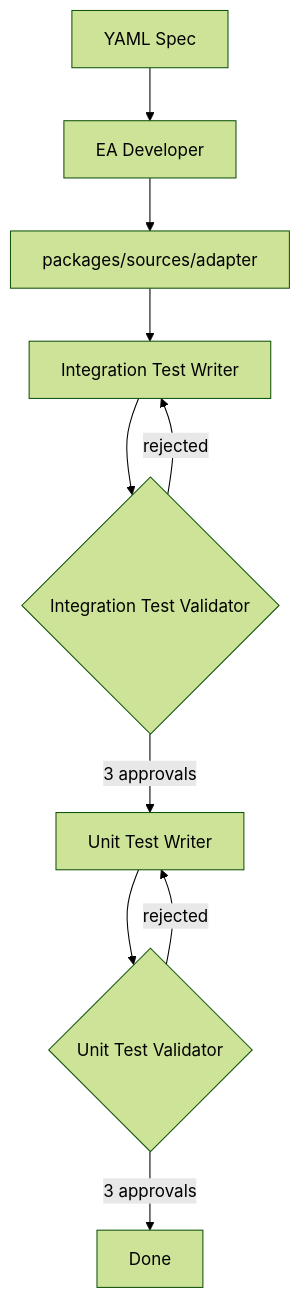
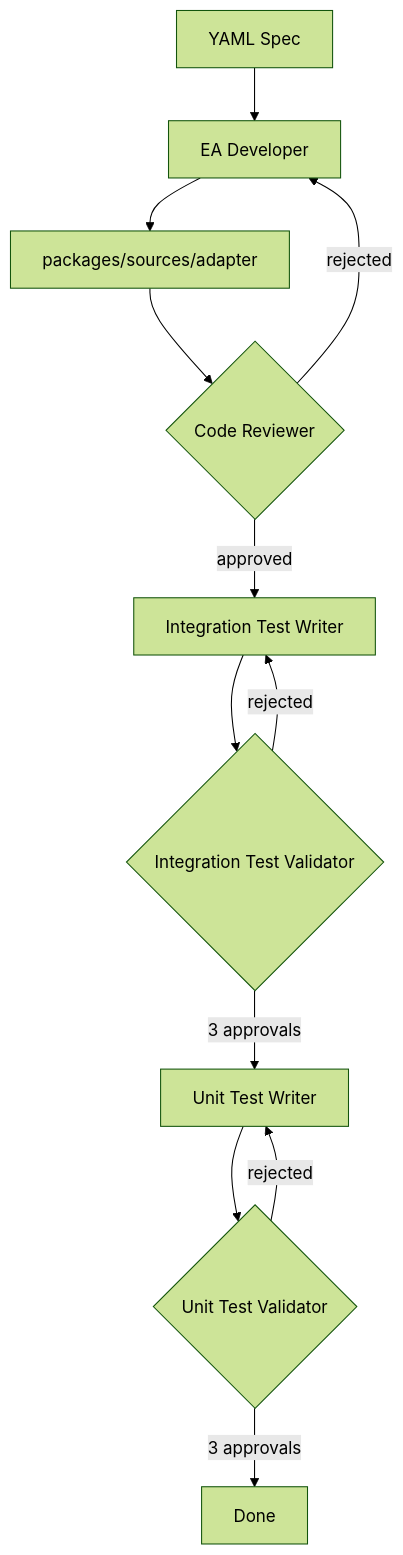
The diagram in ea-agent/README.md (smartcontractkit/external-adapters-js), drawn with Mermaid (forest theme) before and after one commit. The commit also changed other lines of this file, not shown here.

````diff
--- a/ea-agent/README.md
+++ b/ea-agent/README.md
@@ -17,12 +18,14 @@
 ```mermaid
 flowchart TD
     A[YAML Spec] --> B[EA Developer]
     B --> C[packages/sources/adapter]
-    C --> D[Integration Test Writer]
-    D --> E{Integration Test Validator}
-    E -->|rejected| D
-    E -->|3 approvals| F[Unit Test Writer]
-    F --> G{Unit Test Validator}
-    G -->|rejected| F
-    G -->|3 approvals| H[Done]
+    C --> D{Code Reviewer}
+    D -->|rejected| B
+    D -->|approved| E[Integration Test Writer]
+    E --> F{Integration Test Validator}
+    F -->|rejected| E
+    F -->|3 approvals| G[Unit Test Writer]
+    G --> H{Unit Test Validator}
+    H -->|rejected| G
+    H -->|3 approvals| I[Done]
 ```
````
